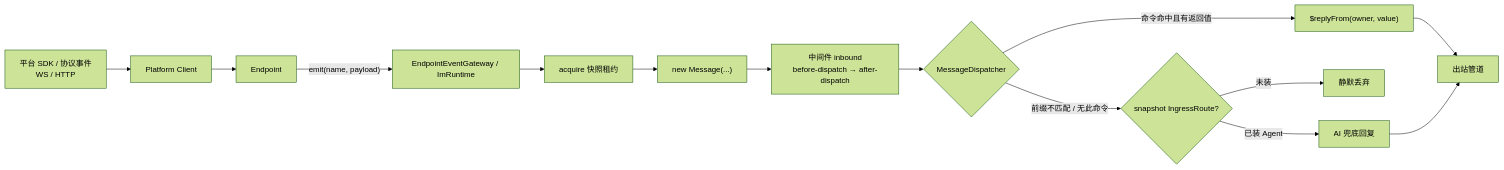
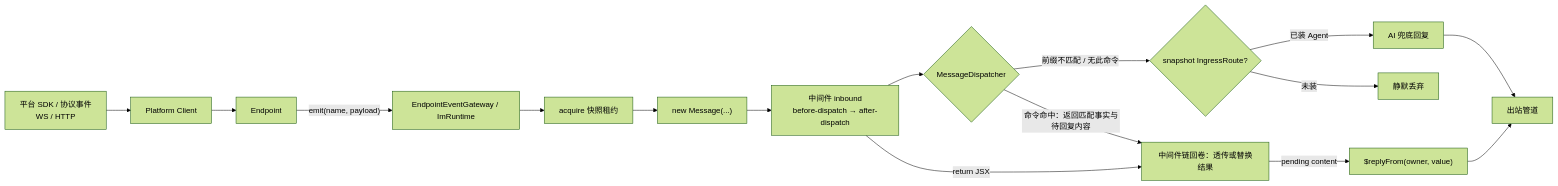
Before and after one commit to zhinjs/zhin: the first of 2 diagrams in docs/concepts/message-flow.md, drawn with Mermaid (forest theme). The commit also changed 62 other files, not shown here.

````diff
--- a/docs/concepts/message-flow.md
+++ b/docs/concepts/message-flow.md
@@ -7,16 +7,18 @@
 ```mermaid
 flowchart LR
     P[平台 SDK / 协议事件<br/>WS / HTTP] --> C[Platform Client]
     C --> E[Endpoint]
     E -->|"emit(name, payload)"| G[EndpointEventGateway / ImRuntime]
     G --> L[acquire 快照租约]
     L --> M["new Message(...)"]
     M --> MW["中间件 inbound<br/>before-dispatch → after-dispatch"]
     MW --> D{MessageDispatcher}
     D -->|"前缀不匹配 / 无此命令"| U{snapshot IngressRoute?}
     U -->|"已装 Agent"| AI[AI 兜底回复]
     U -->|"未装"| N[静默丢弃]
-    D -->|"命令命中且有返回值"| R["$replyFrom(owner, value)"]
+    D -->|"命令命中：返回匹配事实与待回复内容"| W["中间件链回卷：透传或替换结果"]
+    MW -->|"return JSX"| W
+    W -->|"pending content"| R["$replyFrom(owner, value)"]
     R --> O[出站管道]
     AI --> O
 ```
````
